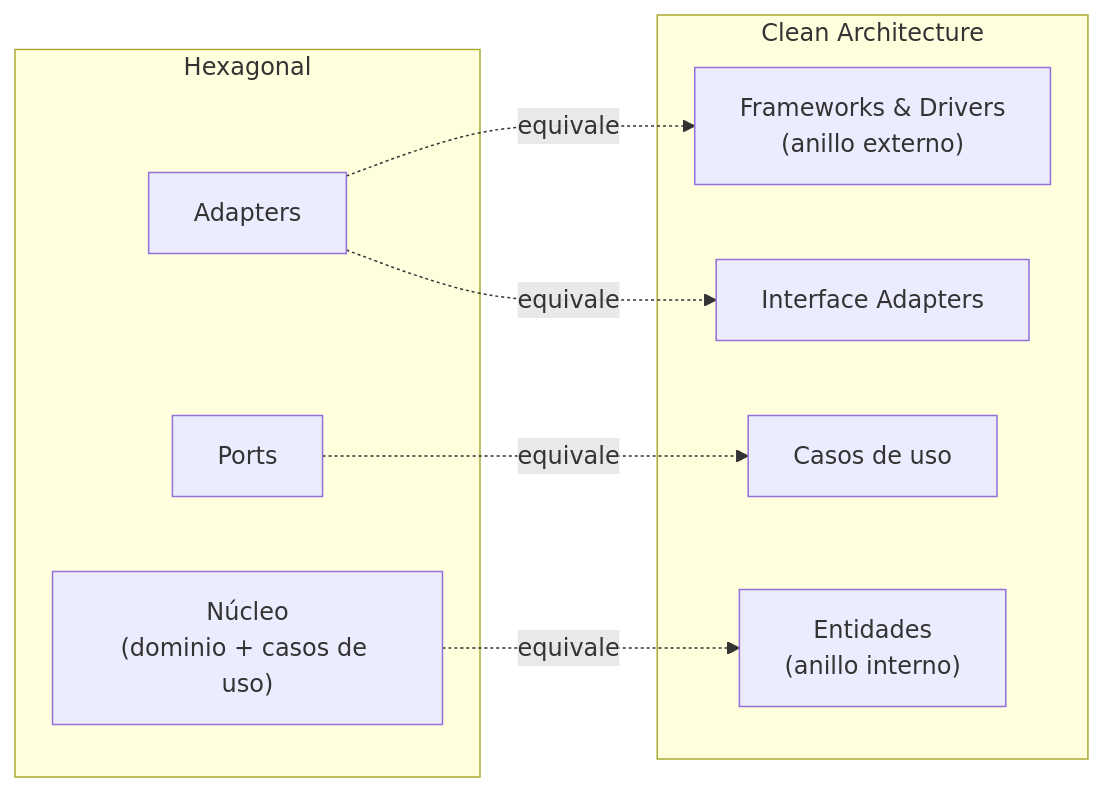
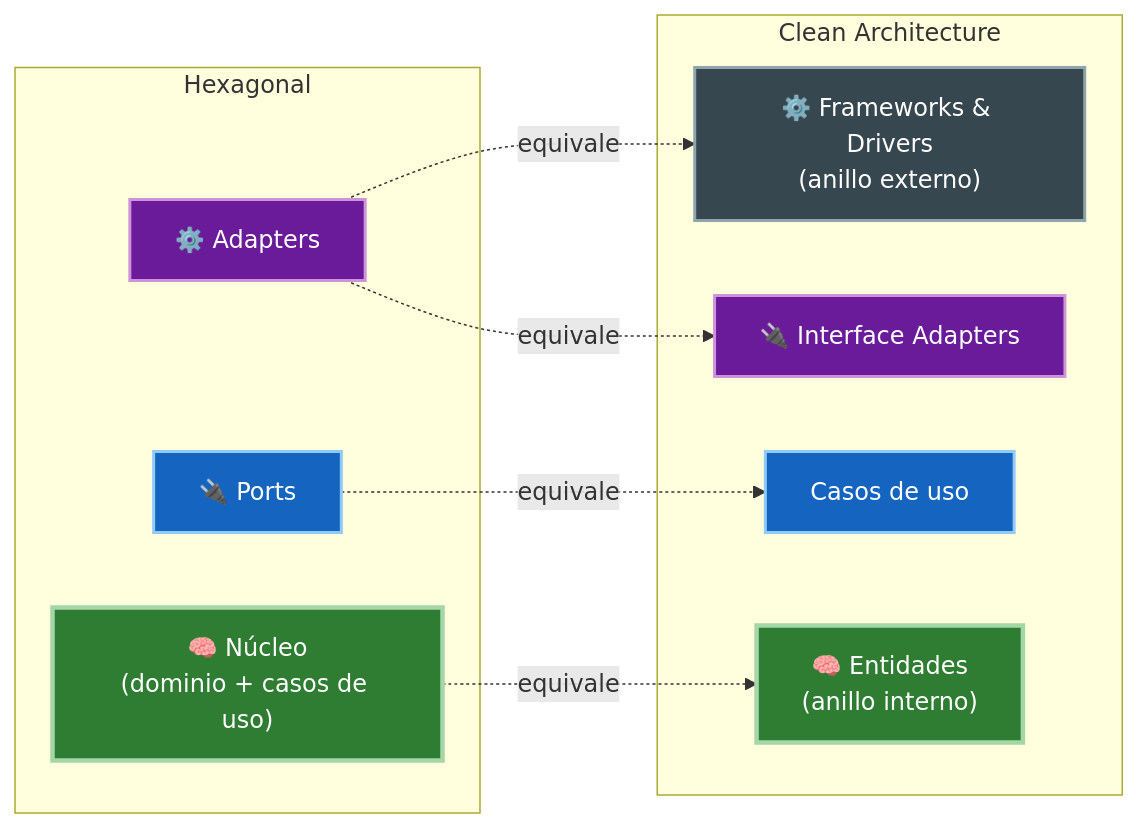
The second of 2 diagrams in 12-organizacion-del-codigo/03-hexagonal-y-clean.md (JavierMachucaA/clean-architecture-guia), drawn with Mermaid before and after one commit. The commit also changed other lines of this file and 45 other files, not shown here.

````diff
--- a/12-organizacion-del-codigo/03-hexagonal-y-clean.md
+++ b/12-organizacion-del-codigo/03-hexagonal-y-clean.md
@@ -36,18 +32,25 @@
 ```mermaid
 flowchart LR
     subgraph Hex["Hexagonal"]
-        H1[Adapters]
-        H2[Ports]
-        H3["Núcleo<br/>(dominio + casos de uso)"]
+        H1["⚙️ Adapters"]
+        H2["🔌 Ports"]
+        H3["🧠 Núcleo<br/>(dominio + casos de uso)"]
     end
     subgraph Clean["Clean Architecture"]
-        C1["Frameworks & Drivers<br/>(anillo externo)"]
-        C2["Interface Adapters"]
+        C1["⚙️ Frameworks & Drivers<br/>(anillo externo)"]
+        C2["🔌 Interface Adapters"]
         C3["Casos de uso"]
-        C4["Entidades<br/>(anillo interno)"]
+        C4["🧠 Entidades<br/>(anillo interno)"]
     end
     H1 -.equivale.-> C1
     H1 -.equivale.-> C2
     H2 -.equivale.-> C3
     H3 -.equivale.-> C4
+    style H1 fill:#6a1b9a,stroke:#ce93d8,color:#fff,stroke-width:2px
+    style H2 fill:#1565c0,stroke:#90caf9,color:#fff,stroke-width:2px
+    style H3 fill:#2e7d32,stroke:#a5d6a7,color:#fff,stroke-width:3px
+    style C1 fill:#37474f,stroke:#90a4ae,color:#fff,stroke-width:2px
+    style C2 fill:#6a1b9a,stroke:#ce93d8,color:#fff,stroke-width:2px
+    style C3 fill:#1565c0,stroke:#90caf9,color:#fff,stroke-width:2px
+    style C4 fill:#2e7d32,stroke:#a5d6a7,color:#fff,stroke-width:3px
 ```
````
